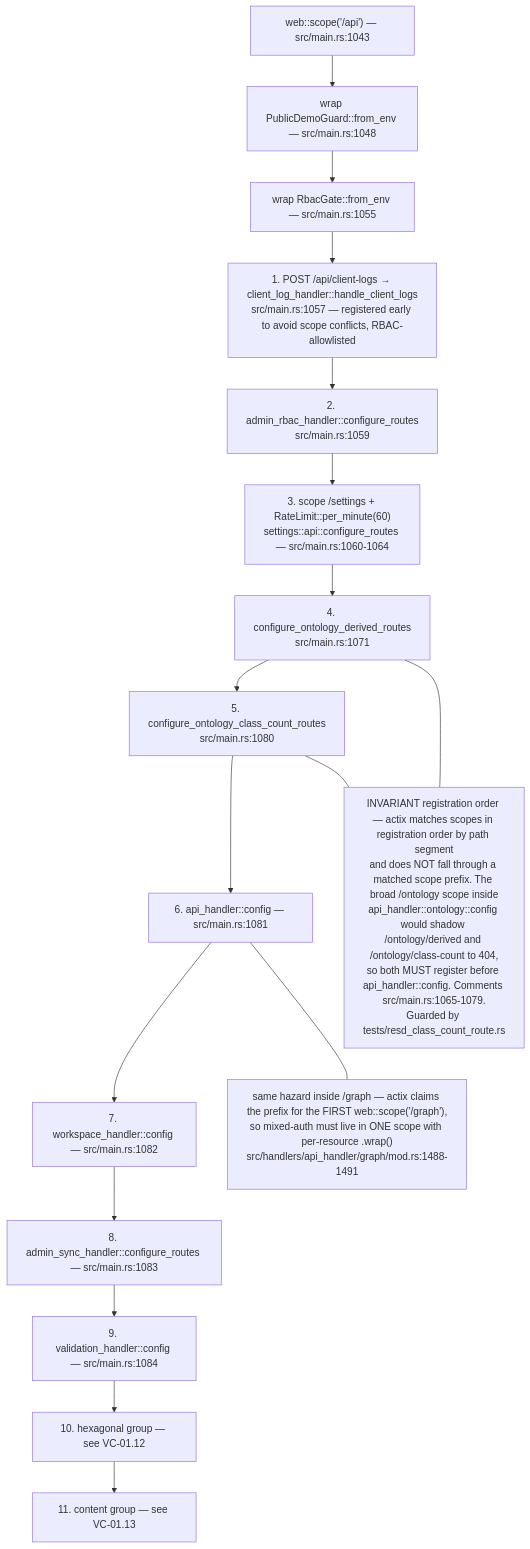
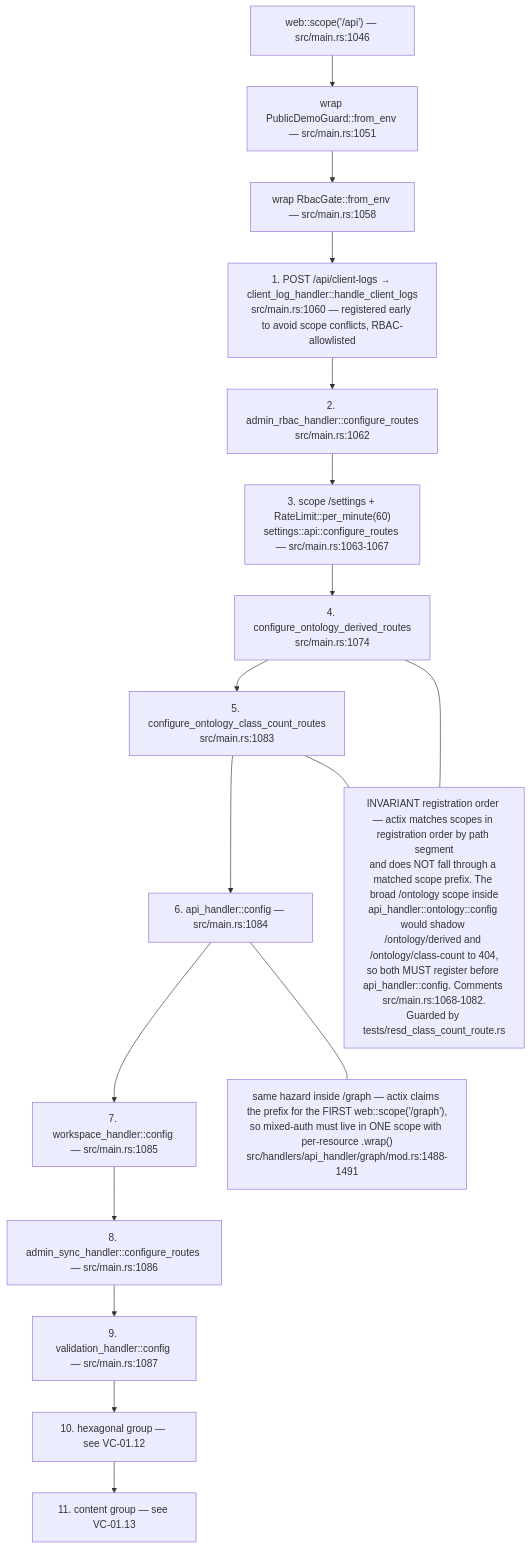
The tenth of 14 diagrams in docs/diagrams/visionclaw/01-boot-and-app-state.md (DreamLab-AI/AR-AI-Knowledge-Graph), drawn with Mermaid before and after one commit. The commit also changed other lines of this file and 73 other files, not shown here.

First line of the commit message:
docs(diagrams): re-verify all 71 topic files against HEAD; add --cite-check

````diff
--- a/docs/diagrams/visionclaw/01-boot-and-app-state.md
+++ b/docs/diagrams/visionclaw/01-boot-and-app-state.md
@@ -405,22 +405,22 @@
 ```mermaid
 flowchart TB
-    S["web::scope('/api') — src/main.rs:1043"]
-    S --> G1["wrap PublicDemoGuard::from_env — src/main.rs:1048"]
-    G1 --> G2["wrap RbacGate::from_env — src/main.rs:1055"]
-    G2 --> R1["1. POST /api/client-logs → client_log_handler::handle_client_logs<br/>src/main.rs:1057 — registered early to avoid scope conflicts, RBAC-allowlisted"]
-    R1 --> R2["2. admin_rbac_handler::configure_routes<br/>src/main.rs:1059"]
-    R2 --> R3["3. scope /settings + RateLimit::per_minute(60)<br/>settings::api::configure_routes — src/main.rs:1060-1064"]
-    R3 --> R4["4. configure_ontology_derived_routes<br/>src/main.rs:1071"]
-    R4 --> R5["5. configure_ontology_class_count_routes<br/>src/main.rs:1080"]
-    R5 --> R6["6. api_handler::config — src/main.rs:1081"]
-    R6 --> R7["7. workspace_handler::config — src/main.rs:1082"]
-    R7 --> R8["8. admin_sync_handler::configure_routes — src/main.rs:1083"]
-    R8 --> R9["9. validation_handler::config — src/main.rs:1084"]
+    S["web::scope('/api') — src/main.rs:1046"]
+    S --> G1["wrap PublicDemoGuard::from_env — src/main.rs:1051"]
+    G1 --> G2["wrap RbacGate::from_env — src/main.rs:1058"]
+    G2 --> R1["1. POST /api/client-logs → client_log_handler::handle_client_logs<br/>src/main.rs:1060 — registered early to avoid scope conflicts, RBAC-allowlisted"]
+    R1 --> R2["2. admin_rbac_handler::configure_routes<br/>src/main.rs:1062"]
+    R2 --> R3["3. scope /settings + RateLimit::per_minute(60)<br/>settings::api::configure_routes — src/main.rs:1063-1067"]
+    R3 --> R4["4. configure_ontology_derived_routes<br/>src/main.rs:1074"]
+    R4 --> R5["5. configure_ontology_class_count_routes<br/>src/main.rs:1083"]
+    R5 --> R6["6. api_handler::config — src/main.rs:1084"]
+    R6 --> R7["7. workspace_handler::config — src/main.rs:1085"]
+    R7 --> R8["8. admin_sync_handler::configure_routes — src/main.rs:1086"]
+    R8 --> R9["9. validation_handler::config — src/main.rs:1087"]
     R9 --> R10["10. hexagonal group — see VC-01.12"]
     R10 --> R11["11. content group — see VC-01.13"]
-    ORD["INVARIANT registration order — actix matches scopes in registration order by path segment<br/>and does NOT fall through a matched scope prefix. The broad /ontology scope inside<br/>api_handler::ontology::config would shadow /ontology/derived and /ontology/class-count to 404,<br/>so both MUST register before api_handler::config. Comments src/main.rs:1065-1079.<br/>Guarded by tests/resd_class_count_route.rs"]
+    ORD["INVARIANT registration order — actix matches scopes in registration order by path segment<br/>and does NOT fall through a matched scope prefix. The broad /ontology scope inside<br/>api_handler::ontology::config would shadow /ontology/derived and /ontology/class-count to 404,<br/>so both MUST register before api_handler::config. Comments src/main.rs:1068-1082.<br/>Guarded by tests/resd_class_count_route.rs"]
     R4 --- ORD
     R5 --- ORD
     ORD2["same hazard inside /graph — actix claims the prefix for the FIRST web::scope('/graph'),<br/>so mixed-auth must live in ONE scope with per-resource .wrap()<br/>src/handlers/api_handler/graph/mod.rs:1488-1491"]
     R6 --- ORD2
 ```
````
